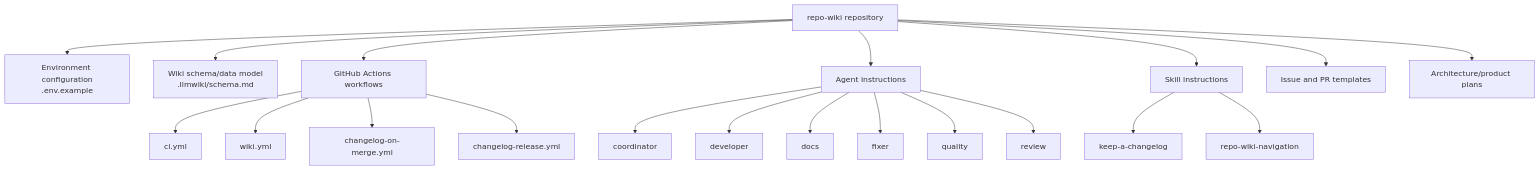
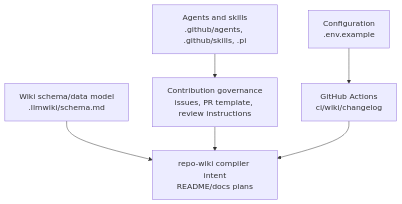
Before and after one commit to mfittko/repo-wiki: the second of 4 diagrams in Architecture.md, drawn with Mermaid. The commit also changed other lines of this file and 45 other files, not shown here.

Commit message:
Compile repository wiki 2026-06-12T14:50:50.423Z

````diff
--- a/Architecture.md
+++ b/Architecture.md
@@ -179,27 +153,15 @@
 ```mermaid
 flowchart TB
-  Repo["repo-wiki repository"]
+    Config["Configuration<br/>.env.example"]
+    Schema["Wiki schema/data model<br/>.llmwiki/schema.md"]
+    Workflows["GitHub Actions<br/>ci/wiki/changelog"]
+    Agents["Agents and skills<br/>.github/agents, .github/skills, .pi"]
+    Governance["Contribution governance<br/>issues, PR template, review instructions"]
+    ProductIntent["repo-wiki compiler intent<br/>README/docs plans"]
 
-  Repo --> Config["Environment configuration<br/>.env.example"]
-  Repo --> Schema["Wiki schema/data model<br/>.llmwiki/schema.md"]
-  Repo --> Workflows["GitHub Actions workflows"]
-  Repo --> Agents["Agent instructions"]
-  Repo --> Skills["Skill instructions"]
-  Repo --> Templates["Issue and PR templates"]
-  Repo --> Plans["Architecture/product plans"]
-
-  Workflows --> CI["ci.yml"]
-  Workflows --> Wiki["wiki.yml"]
-  Workflows --> ChangelogMerge["changelog-on-merge.yml"]
-  Workflows --> ChangelogRelease["changelog-release.yml"]
-
-  Agents --> Coordinator["coordinator"]
-  Agents --> Developer["developer"]
-  Agents --> DocsAgent["docs"]
-  Agents --> Fixer["fixer"]
-  Agents --> Quality["quality"]
-  Agents --> Review["review"]
-
-  Skills --> ChangelogSkill["keep-a-changelog"]
-  Skills --> NavigationSkill["repo-wiki-navigation"]
+    Config --> Workflows
+    Schema --> ProductIntent
+    Agents --> Governance
+    Governance --> ProductIntent
+    Workflows --> ProductIntent
 ```
````
